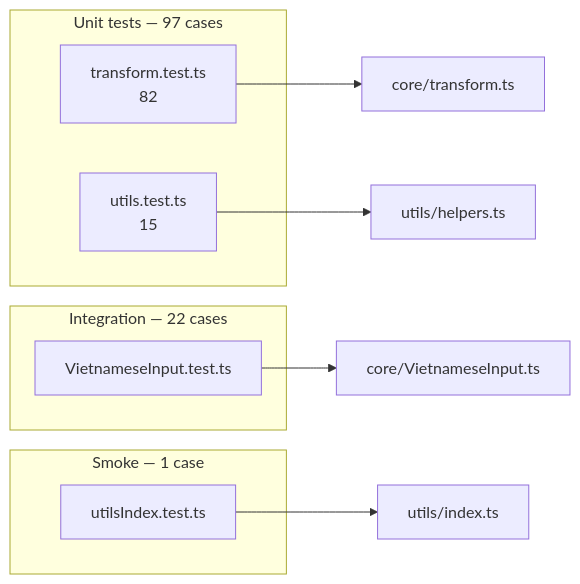
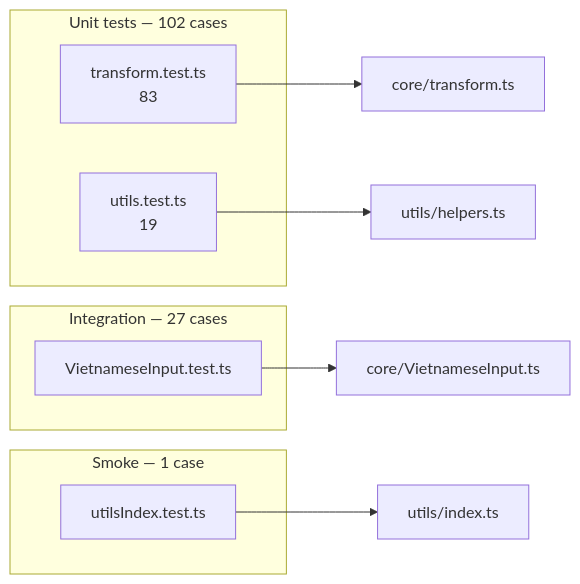
The diagram in docs/test-scenarios.md (duydev/gotiengviet-js), drawn with Mermaid before and after one commit. The commit also changed other lines of this file and 9 other files, not shown here.

````diff
--- a/docs/test-scenarios.md
+++ b/docs/test-scenarios.md
@@ -17,17 +17,17 @@
 ```mermaid
 flowchart LR
-  subgraph unit [Unit tests — 97 cases]
-    T[transform.test.ts<br/>82]
-    U[utils.test.ts<br/>15]
+  subgraph unit [Unit tests — 102 cases]
+    T[transform.test.ts<br/>83]
+    U[utils.test.ts<br/>19]
   end
-  subgraph integration [Integration — 22 cases]
+  subgraph integration [Integration — 27 cases]
     V[VietnameseInput.test.ts]
   end
   subgraph smoke [Smoke — 1 case]
     I[utilsIndex.test.ts]
   end
   T --> transform[core/transform.ts]
   U --> helpers[utils/helpers.ts]
   V --> VI[core/VietnameseInput.ts]
   I --> index[utils/index.ts]
 ```
````
